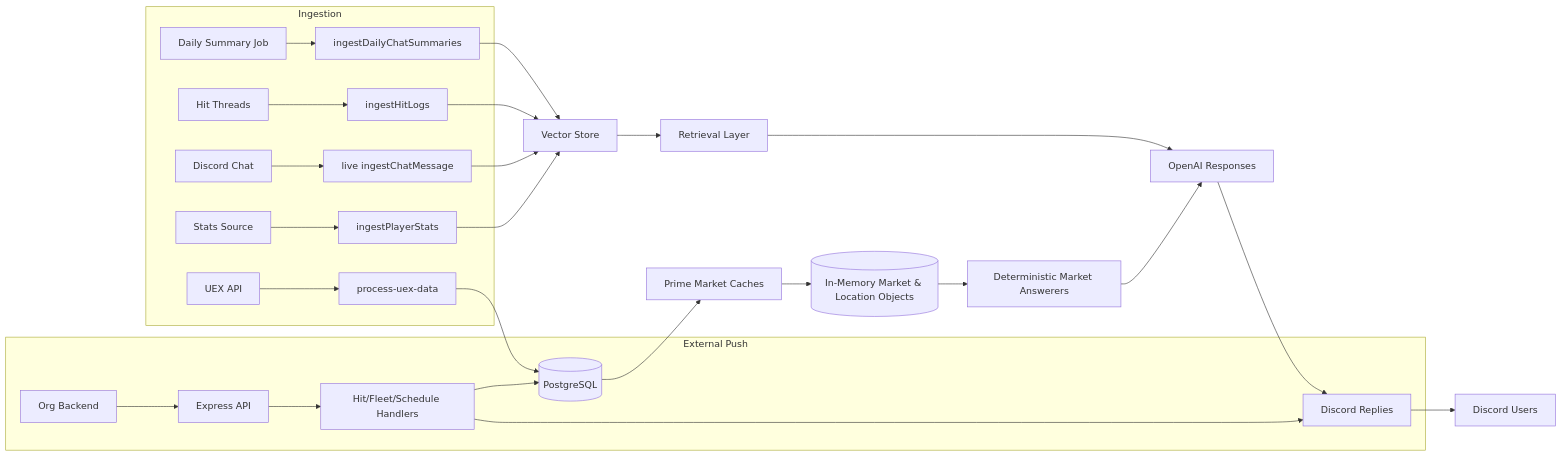
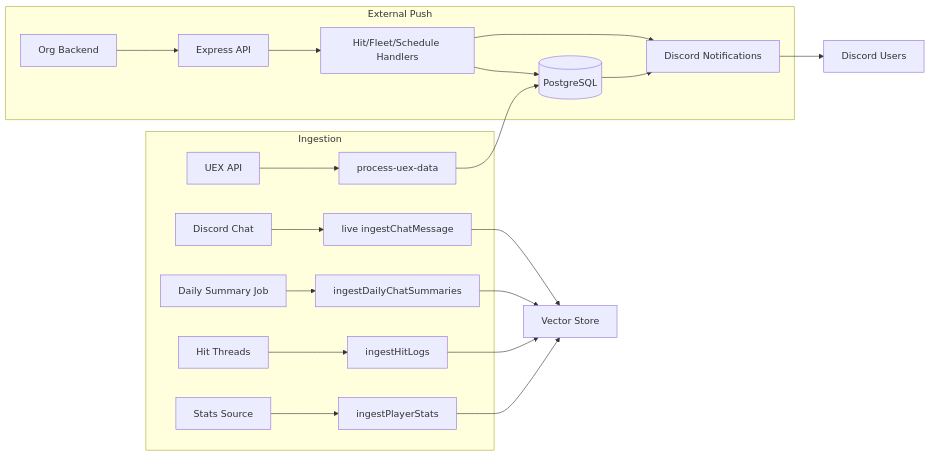
One commit to DocFoxHound/Beowulf changed the diagram in docs/DATA-FLOWS.md. Above: the diagram before and after it, drawn with Mermaid. The commit also changed other lines of this file and 82 other files, not shown here.

````diff
--- a/docs/DATA-FLOWS.md
+++ b/docs/DATA-FLOWS.md
@@ -6,29 +6,23 @@
 ```mermaid
 graph LR
   subgraph Ingestion
     UEX[UEX API] --> ProcUEX[process-uex-data]
     Chat[Discord Chat] --> LiveIngest[live ingestChatMessage]
     DailyChat[Daily Summary Job] --> SummIngest[ingestDailyChatSummaries]
     HitLogs[Hit Threads] --> HitIngest[ingestHitLogs]
     PlayerStatsSrc[Stats Source] --> StatsIngest[ingestPlayerStats]
   end
   ProcUEX --> DB[(PostgreSQL)]
   SummIngest --> Vector[Vector Store]
   HitIngest --> Vector
   LiveIngest --> Vector
   StatsIngest --> Vector
-  DB --> CachePrime[Prime Market Caches]
-  CachePrime --> MarketCache[(In-Memory Market & Location Objects)]
-  MarketCache --> MarketAnswers[Deterministic Market Answerers]
-  Vector --> Retrieval[Retrieval Layer]
-  Retrieval --> LLM[OpenAI Responses]
-  MarketAnswers --> LLM
-  LLM --> DiscordReply[Discord Replies]
   subgraph External Push
     Backend[Org Backend] --> API[Express API]
     API --> DomainHandlers[Hit/Fleet/Schedule Handlers]
     DomainHandlers --> DB
-    DomainHandlers --> DiscordReply
+    DomainHandlers --> DiscordReply[Discord Notifications]
   end
+  DB --> DiscordReply
   DiscordReply --> Users[Discord Users]
 ```
````
